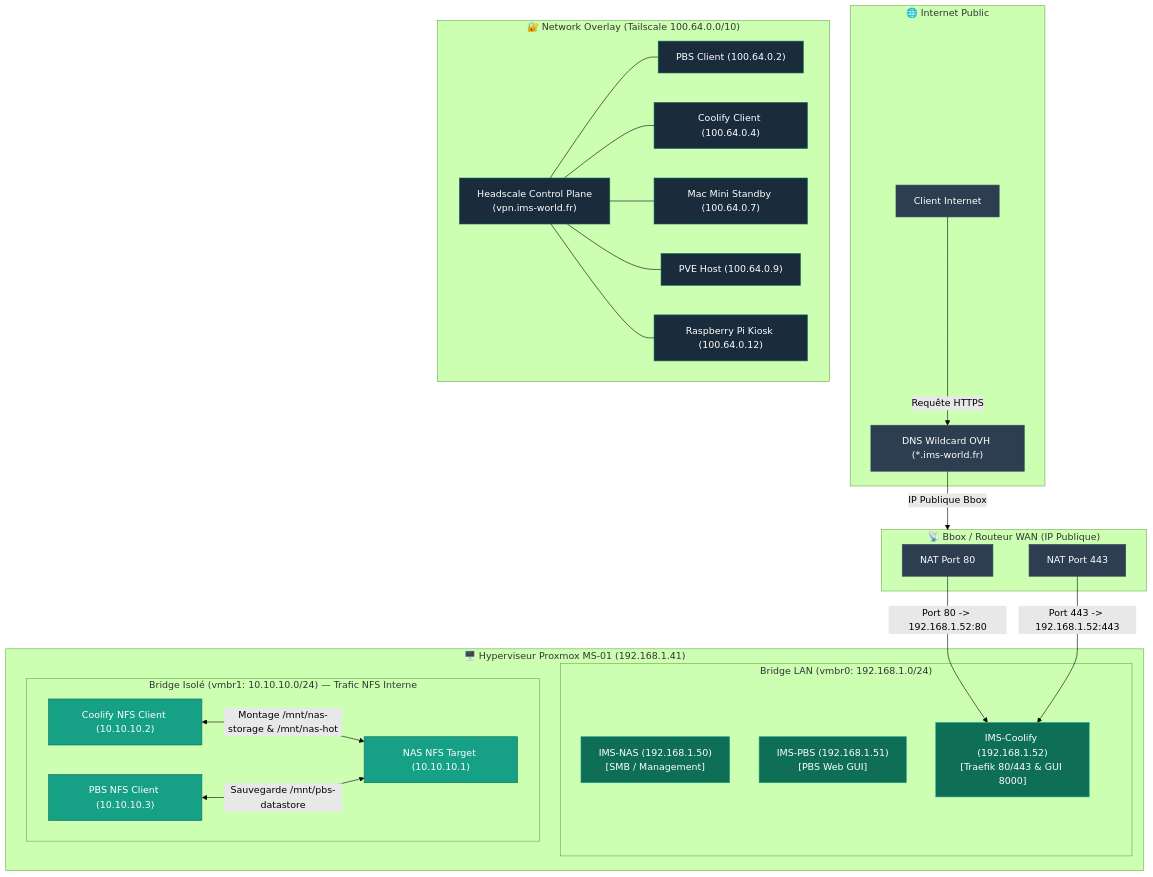
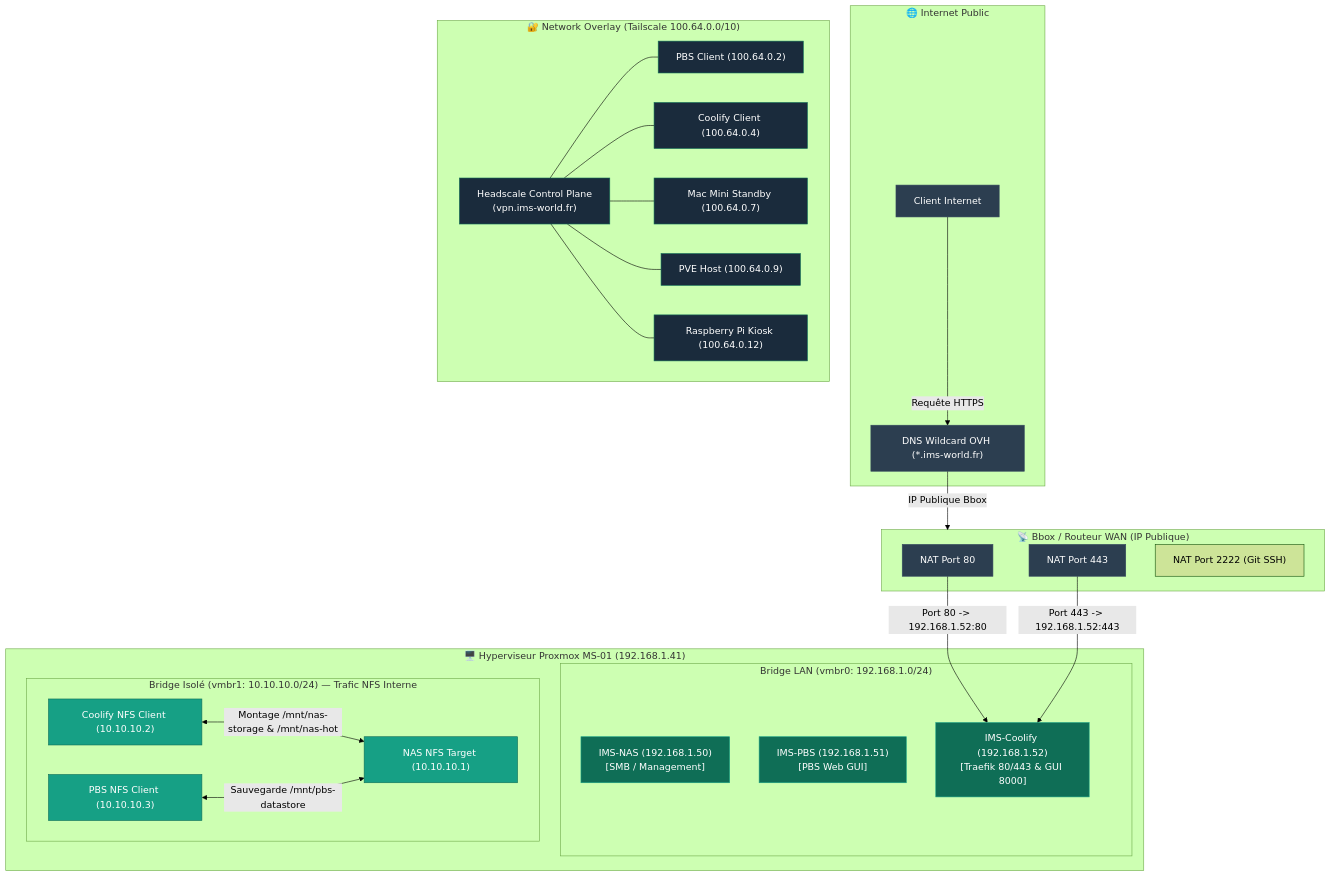
The diagram in reseau/architecture-reseau.md (ims-world/docs), drawn with Mermaid (forest theme) before and after one commit. The commit also changed other lines of this file and 7 other files, not shown here.

Commit message:
feat(services): ajout de Forgejo (forge.ims-world.fr), ADR-006 (port SSH 2222 NAT) et integration OIDC Natif

````diff
--- a/reseau/architecture-reseau.md
+++ b/reseau/architecture-reseau.md
@@ -12,61 +12,62 @@
 ```mermaid
 graph TB
     subgraph WAN ["🌐 Internet Public"]
         CLIENT_EXT["Client Internet"]
         OVH_DNS["DNS Wildcard OVH (*.ims-world.fr)"]
     end
 
     subgraph BBOX ["📡 Bbox / Routeur WAN (IP Publique)"]
         NAT80["NAT Port 80"]
         NAT443["NAT Port 443"]
+        NAT2222["NAT Port 2222 (Git SSH)"]
     end
 
     subgraph PROXMOX_NET ["🖥️ Hyperviseur Proxmox MS-01 (192.168.1.41)"]
         subgraph VMBR0 ["Bridge LAN (vmbr0: 192.168.1.0/24)"]
             NAS_LAN["IMS-NAS (192.168.1.50)\n[SMB / Management]"]
             PBS_LAN["IMS-PBS (192.168.1.51)\n[PBS Web GUI]"]
             COOL_LAN["IMS-Coolify (192.168.1.52)\n[Traefik 80/443 & GUI 8000]"]
         end
 
         subgraph VMBR1 ["Bridge Isolé (vmbr1: 10.10.10.0/24) — Trafic NFS Interne"]
             NAS_ISO["NAS NFS Target (10.10.10.1)"]
             PBS_ISO["PBS NFS Client (10.10.10.3)"]
             COOL_ISO["Coolify NFS Client (10.10.10.2)"]
         end
     end
 
     subgraph TAILNET_HEADSCALE ["🔐 Network Overlay (Tailscale 100.64.0.0/10)"]
         HEADSCALE_SRV["Headscale Control Plane\n(vpn.ims-world.fr)"]
         PBS_TS["PBS Client (100.64.0.2)"]
         COOL_TS["Coolify Client (100.64.0.4)"]
         MAC_TS["Mac Mini Standby (100.64.0.7)"]
         PVE_TS["PVE Host (100.64.0.9)"]
         RPI_TS["Raspberry Pi Kiosk (100.64.0.12)"]
     end
 
     %% Flux WAN -> Bbox -> Traefik
     CLIENT_EXT -->|Requête HTTPS| OVH_DNS
     OVH_DNS -->|IP Publique Bbox| BBOX
     NAT80 -->|Port 80 -> 192.168.1.52:80| COOL_LAN
     NAT443 -->|Port 443 -> 192.168.1.52:443| COOL_LAN
 
     %% Flux NFS
     COOL_ISO <-->|Montage /mnt/nas-storage & /mnt/nas-hot| NAS_ISO
     PBS_ISO <-->|Sauvegarde /mnt/pbs-datastore| NAS_ISO
 
     %% Flux Tailscale VPN
     HEADSCALE_SRV --- PBS_TS
     HEADSCALE_SRV --- COOL_TS
     HEADSCALE_SRV --- MAC_TS
     HEADSCALE_SRV --- PVE_TS
     HEADSCALE_SRV --- RPI_TS
 
     classDef wan fill:#2c3e50,stroke:#34495e,color:#fff;
     classDef lan fill:#0F6E56,stroke:#16A085,color:#fff;
     classDef iso fill:#16A085,stroke:#0F6E56,color:#fff;
     classDef vpn fill:#1a2b3c,stroke:#0F6E56,color:#fff;
     class CLIENT_EXT,OVH_DNS,NAT80,NAT443 wan;
     class NAS_LAN,PBS_LAN,COOL_LAN lan;
     class NAS_ISO,PBS_ISO,COOL_ISO iso;
     class HEADSCALE_SRV,PBS_TS,COOL_TS,MAC_TS,PVE_TS,RPI_TS vpn;
 ```
````
